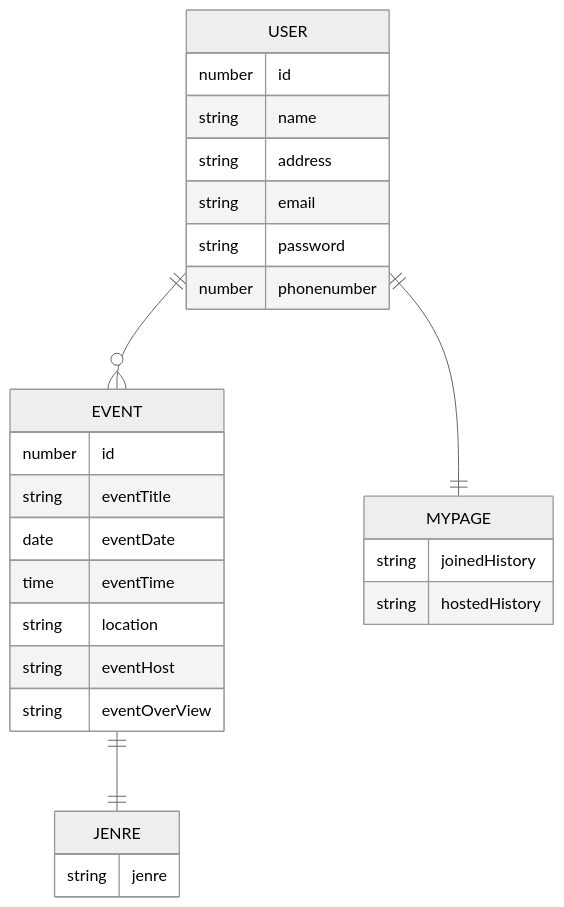
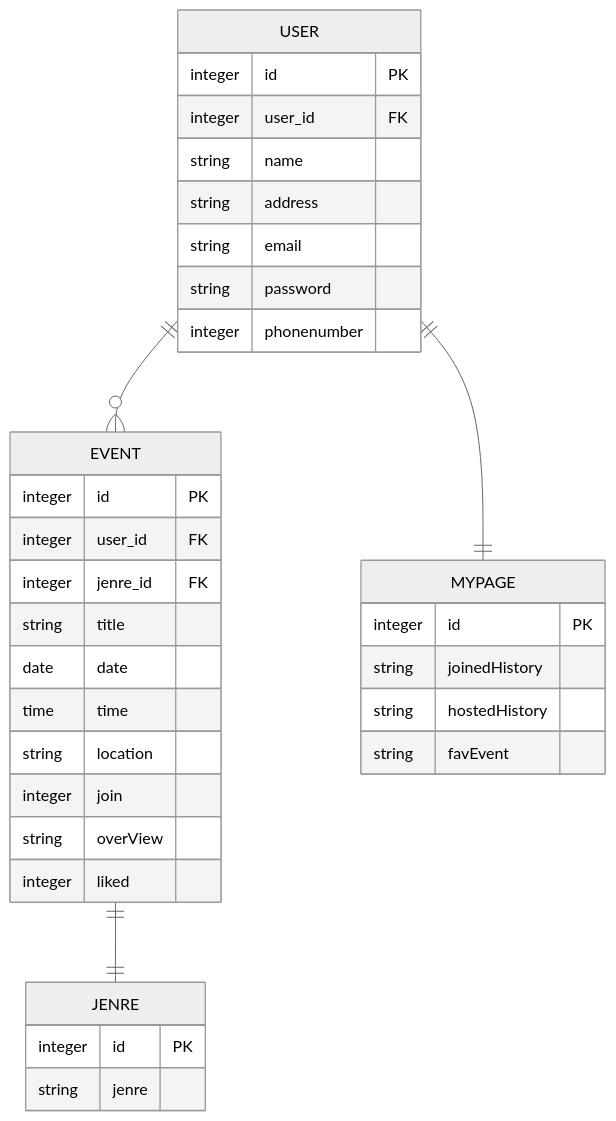
One commit to 6lackjid/adevent changed the diagram in er.md. Above: the diagram before and after it, drawn with Mermaid (neutral theme). The commit also changed other lines of this file, not shown here.

Commit message:
PK FK　追加

````diff
--- a/er.md
+++ b/er.md
@@ -2,40 +1,47 @@
 ```mermaid
 erDiagram
 USER ||--o{ EVENT : ""
 EVENT ||--|| JENRE : ""
-USER ||--|| MYPAGE : "" 
+USER ||--|| MYPAGE : ""
 
 
 
 
-USER {  
-number id  
-string name  
-string address  
-string email  
-string password  
-number phonenumber 
+USER {
+integer id  PK
+integer user_id FK
+string name
+string address
+string email
+string password
+integer phonenumber
 }
 
 
-EVENT {  
-number id  
-string eventTitle
-date eventDate  
-time eventTime  
-string location  
-string eventHost
-string eventOverView
-
-}  
+EVENT {
+integer id  PK
+integer user_id FK
+integer jenre_id FK
+string title
+date date
+time time
+string location
+integer join
+string overView
+integer liked
+}
 
 
-JENRE {  
-string jenre  
+JENRE {
+integer id PK
+string jenre
 }
 
-MYPAGE {  
-string joinedHistory  
+MYPAGE {
+integer id  PK
+string joinedHistory
 string hostedHistory
+string favEvent
 }
+
 ```
````
